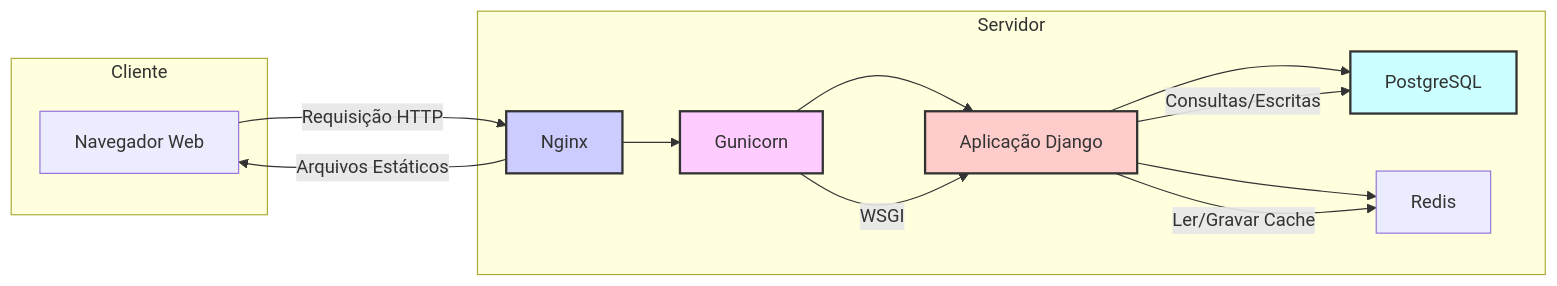
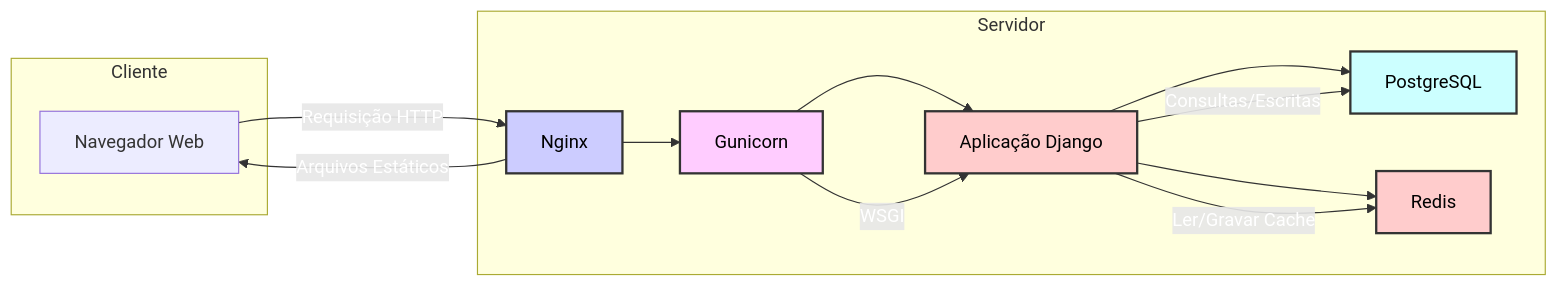
The first of 6 diagrams in docs.md (vytorrennan/DisplayLab), drawn with Mermaid before and after one commit. The commit also changed other lines of this file, not shown here.

````diff
--- a/docs.md
+++ b/docs.md
@@ -201,24 +201,28 @@
 ```mermaid
 graph LR
     subgraph Cliente
         A[Navegador Web]
     end
 
     subgraph Servidor
         B[Nginx] --> C[Gunicorn]
         C --> D[Aplicação Django]
         D --> E[PostgreSQL]
         D --> F[Redis]
-        style B fill:#ccf,stroke:#333,stroke-width:2px
-        style C fill:#fcf,stroke:#333,stroke-width:2px
-        style D fill:#fcc,stroke:#333,stroke-width:2px
-        style E fill:#cff,stroke:#333,stroke-width:2px
+        style B fill:#ccf,stroke:#333,stroke-width:2px,color:black
+        style C fill:#fcf,stroke:#333,stroke-width:2px,color:black
+        style D fill:#fcc,stroke:#333,stroke-width:2px,color:black
+        style E fill:#cff,stroke:#333,stroke-width:2px,color:black
+        style F fill:#FCC,stroke:#333,stroke-width:2px,color:black
+
     end
 
     A -- Requisição HTTP --> B
     B -- Arquivos Estáticos --> A
     C -- WSGI --> D
     D -- Consultas/Escritas --> E
     D -- Ler/Gravar Cache --> F
 
+    %% Estilo para texto fora dos retângulos
+    linkStyle default color:white
 ```
````
